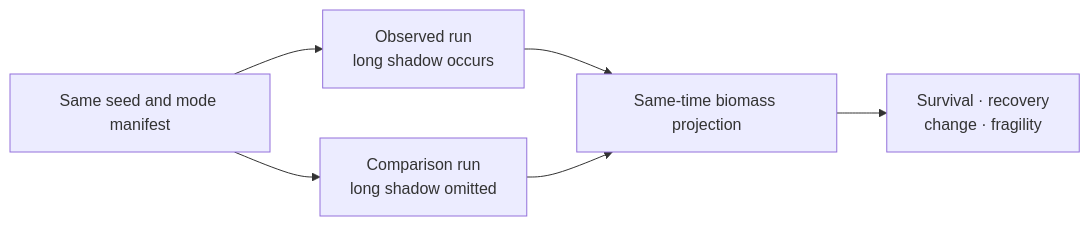
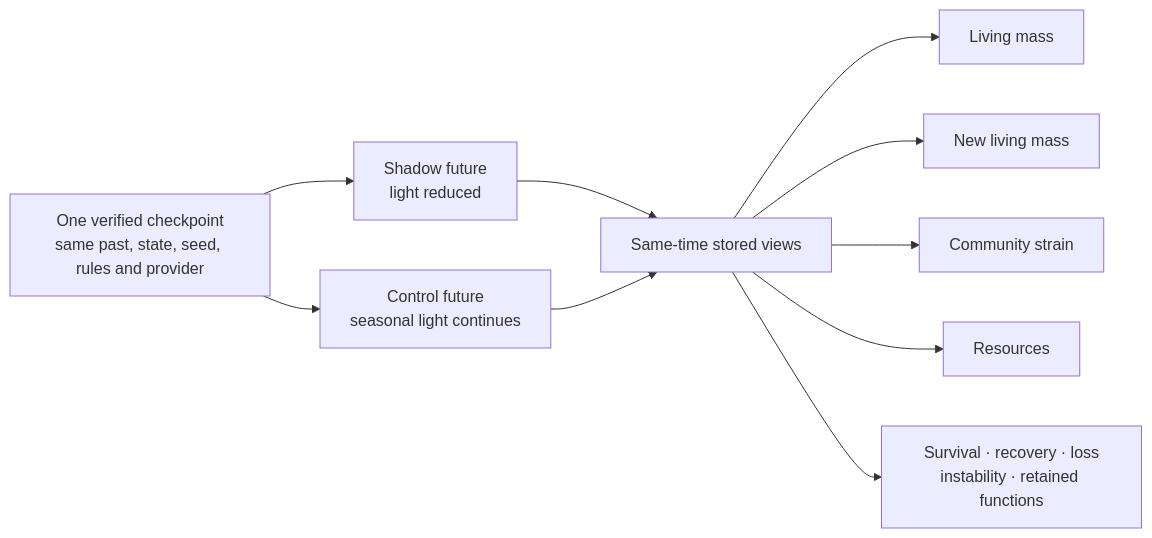
Before and after one commit to FrunkQ/evolution-lab: the fourth of 4 diagrams in docs/EDUCATION_AND_HELP.md, drawn with Mermaid. The commit also changed other lines of this file and 34 other files, not shown here.

````diff
--- a/docs/EDUCATION_AND_HELP.md
+++ b/docs/EDUCATION_AND_HELP.md
@@ -70,8 +70,12 @@
 ```mermaid
 flowchart LR
-    M[Same seed and mode manifest] --> O[Observed run<br/>long shadow occurs]
-    M --> C[Comparison run<br/>long shadow omitted]
-    O --> P[Same-time biomass projection]
-    C --> P
-    P --> Q[Survival · recovery<br/>change · fragility]
+    P[One verified checkpoint<br/>same past, state, seed, rules and provider] --> O[Shadow future<br/>light reduced]
+    P --> C[Control future<br/>seasonal light continues]
+    O --> V[Same-time stored views]
+    C --> V
+    V --> B[Living mass]
+    V --> F[New living mass]
+    V --> S[Community strain]
+    V --> R[Resources]
+    V --> Q[Survival · recovery · loss<br/>instability · retained functions]
 ```
````
